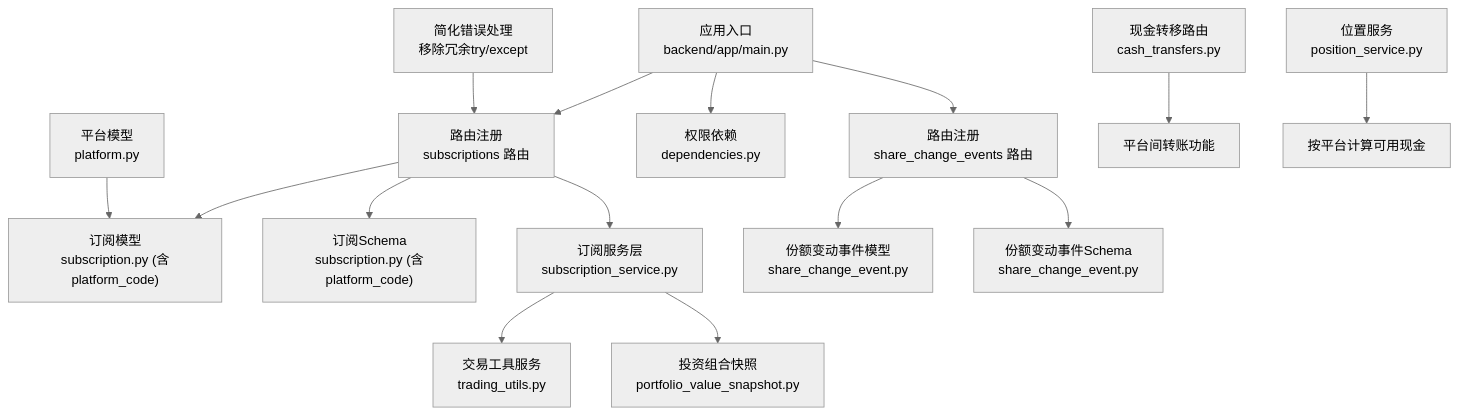
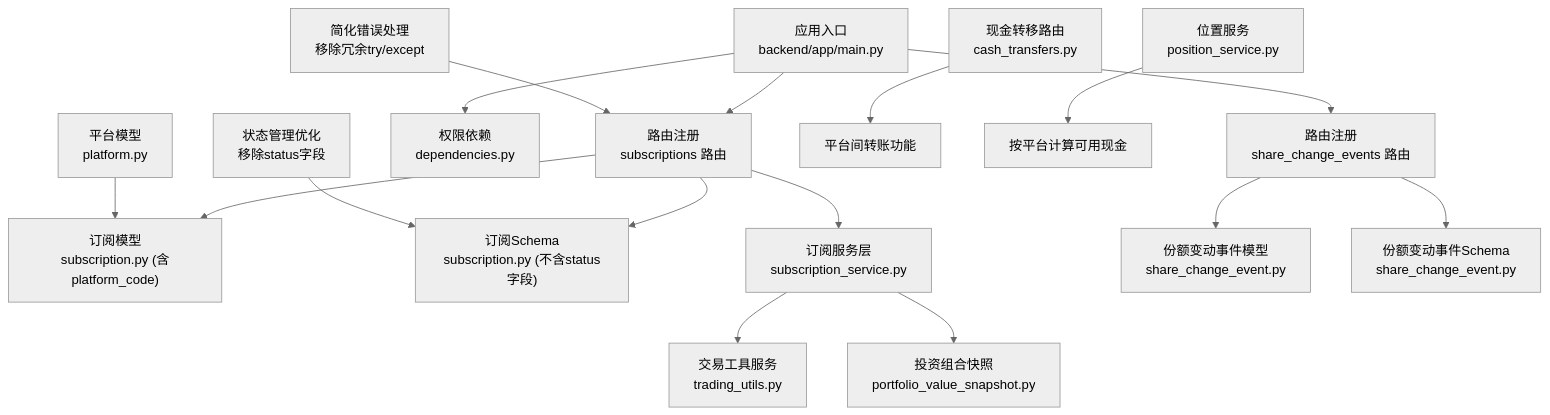
The first of 9 diagrams in .qoder/repowiki/zh/content/后端API文档/申购赎回API.md (gujialind/InvestRing), drawn with Mermaid (neutral theme) before and after one commit. The commit also changed other lines of this file and 28 other files, not shown here.

````diff
--- a/.qoder/repowiki/zh/content/后端API文档/申购赎回API.md
+++ b/.qoder/repowiki/zh/content/后端API文档/申购赎回API.md
@@ -71,17 +71,18 @@
 ```mermaid
 graph TB
 A["应用入口<br/>backend/app/main.py"] --> B["路由注册<br/>subscriptions 路由"]
 A --> C["路由注册<br/>share_change_events 路由"]
 B --> D["订阅模型<br/>subscription.py (含platform_code)"]
-B --> E["订阅Schema<br/>subscription.py (含platform_code)"]
+B --> E["订阅Schema<br/>subscription.py (不含status字段)"]
 B --> F["订阅服务层<br/>subscription_service.py"]
 C --> G["份额变动事件模型<br/>share_change_event.py"]
 C --> H["份额变动事件Schema<br/>share_change_event.py"]
 A --> I["权限依赖<br/>dependencies.py"]
 F --> J["交易工具服务<br/>trading_utils.py"]
 F --> K["投资组合快照<br/>portfolio_value_snapshot.py"]
 L["平台模型<br/>platform.py"] --> D
 M["现金转移路由<br/>cash_transfers.py"] --> N["平台间转账功能"]
 O["位置服务<br/>position_service.py"] --> P["按平台计算可用现金"]
 Q["简化错误处理<br/>移除冗余try/except"] --> B
+R["状态管理优化<br/>移除status字段"] --> E
 ```
````
